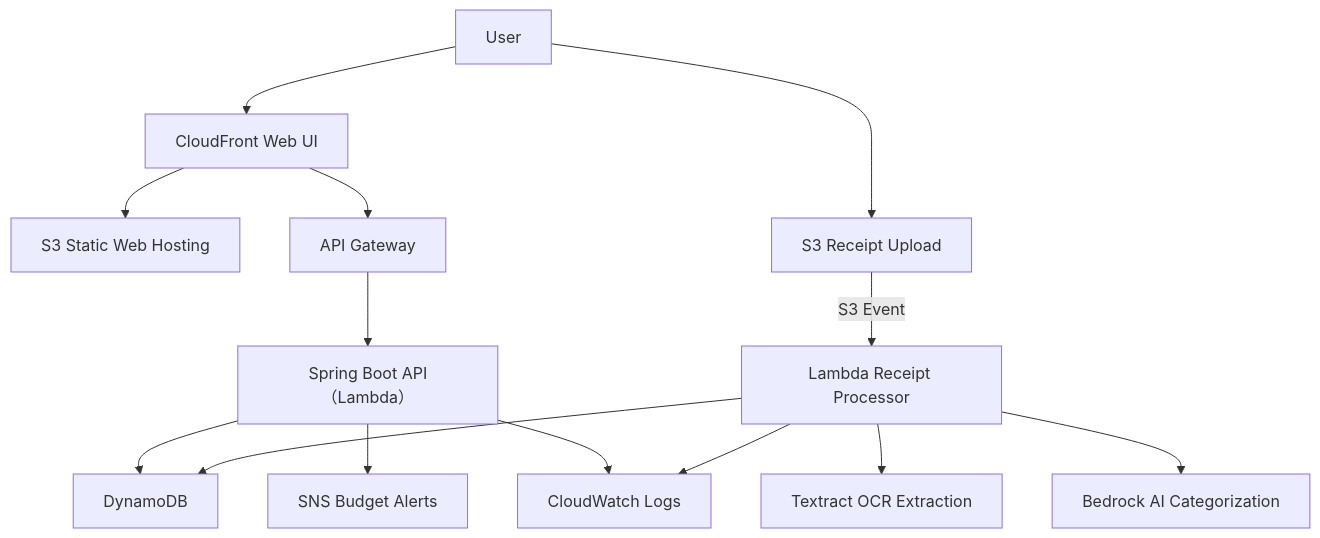
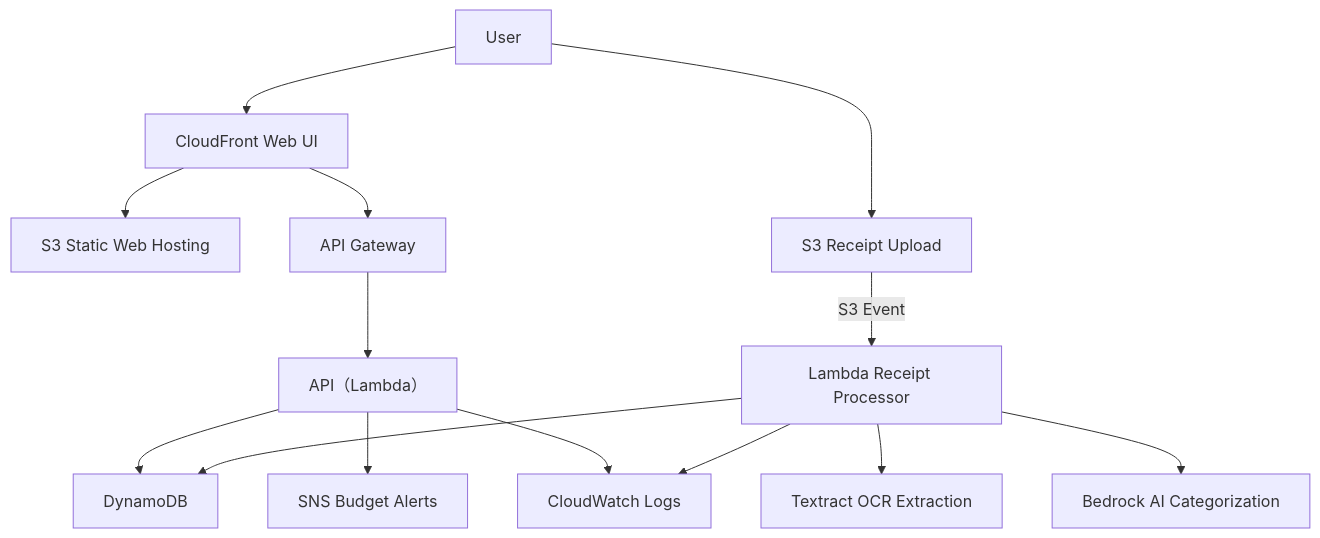
One commit to shigemasa89/smart-expense-tracker changed the diagram in README.md. Above: the diagram before and after it, drawn with Mermaid. The commit also changed other lines of this file, not shown here.

````diff
--- a/README.md
+++ b/README.md
@@ -91,28 +75,28 @@
 ```mermaid
 flowchart TD
 
     %% User Layer
     U[User] --> CF[CloudFront Web UI]
     CF --> S3Web[S3 Static Web Hosting]
     CF --> APIGW[API Gateway]
 
     %% Backend API
-    APIGW --> API[Spring Boot API（Lambda）]
+    APIGW --> API[API（Lambda）]
     API --> DDB[DynamoDB]
     API --> SNS[SNS Budget Alerts]
 
     %% Receipt Upload Flow
     U --> S3Upload[S3 Receipt Upload]
     S3Upload -->|S3 Event| L1[Lambda Receipt Processor]
 
     %% OCR + AI
     L1 --> TEX[Textract OCR Extraction]
     L1 --> BED[Bedrock AI Categorization]
 
     %% Save to DB
     L1 --> DDB
 
     %% Monitoring
     API --> CW[CloudWatch Logs]
     L1 --> CW
 ```
````
